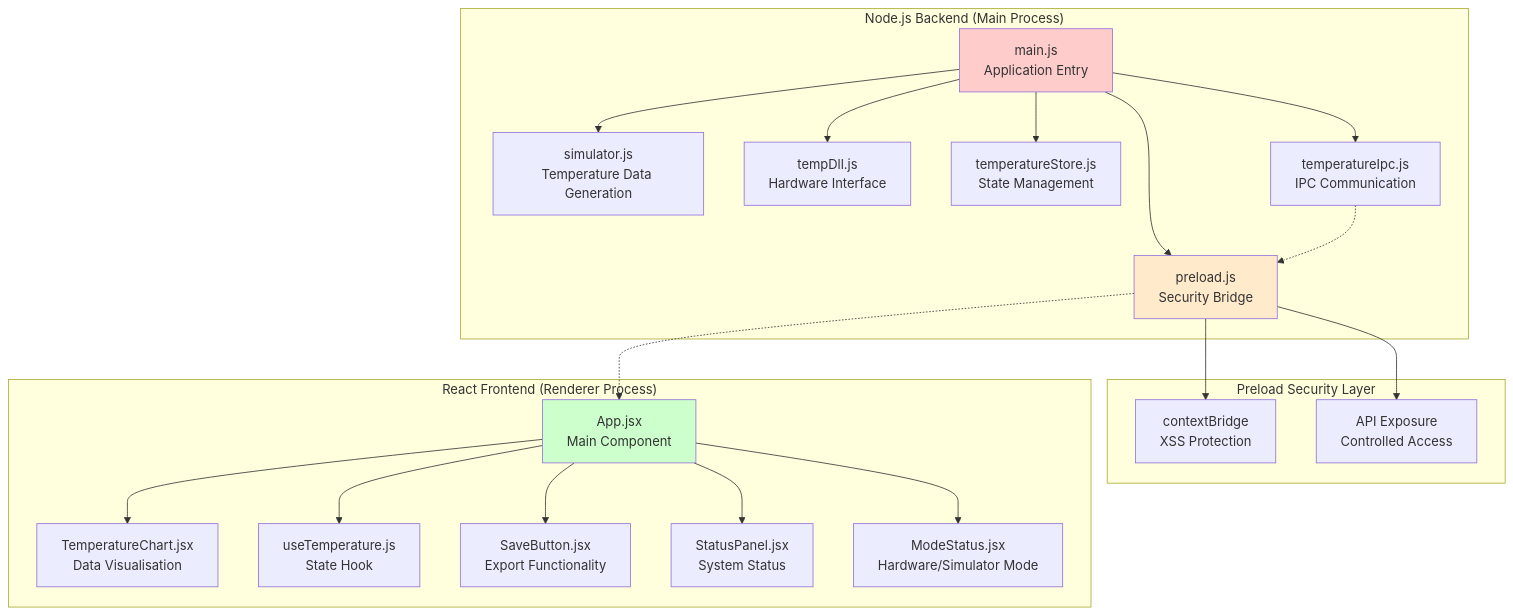
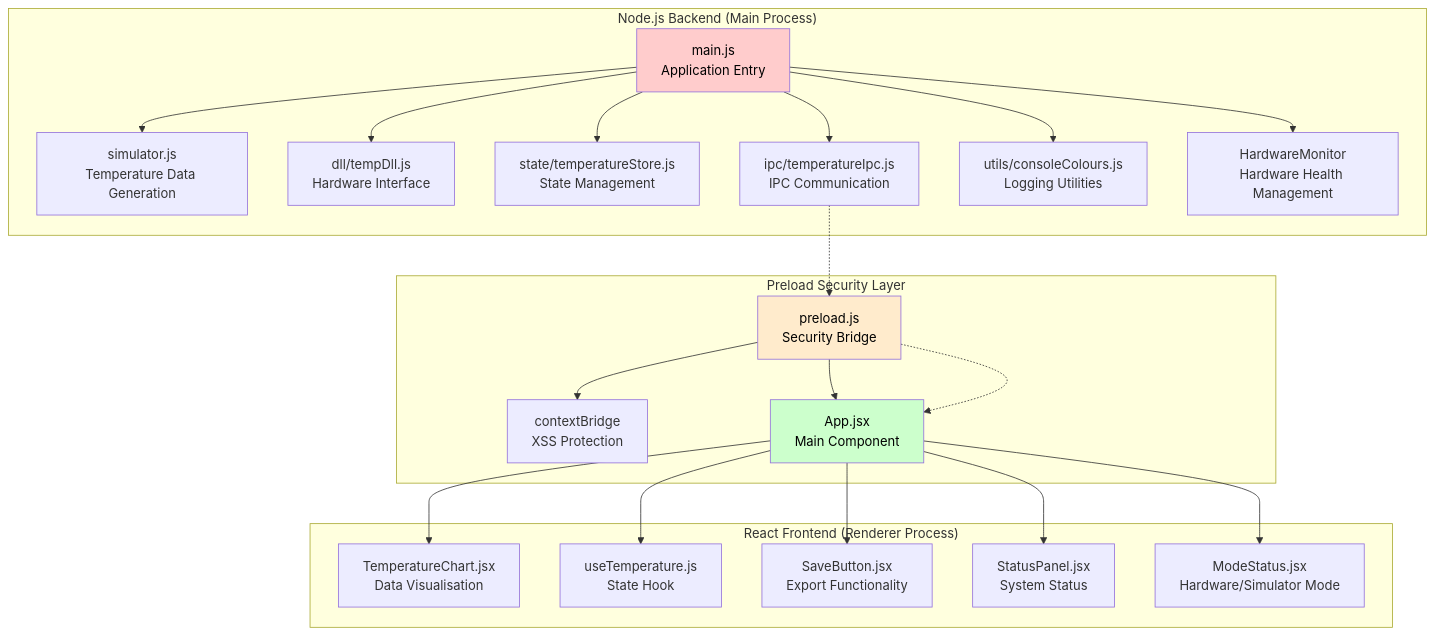
One commit to Interlaken0/temperature-plotter changed the second of 18 diagrams in docs/system-architecture.md. Above: the diagram before and after it, drawn with Mermaid. The commit also changed other lines of this file and 8 other files, not shown here.

First line of the commit message:
Update documentation with comprehensive API reference and visual graph upgrade details

````diff
--- a/docs/system-architecture.md
+++ b/docs/system-architecture.md
@@ -41,30 +41,31 @@
 ```mermaid
 graph TB
     subgraph "Node.js Backend (Main Process)"
         A[main.js<br/>Application Entry] --> B[simulator.js<br/>Temperature Data Generation]
-        A --> C[tempDll.js<br/>Hardware Interface]
-        A --> D[temperatureStore.js<br/>State Management]
-        A --> E[temperatureIpc.js<br/>IPC Communication]
-        A --> F[consoleColours.js<br/>Logging Utilities]
+        A --> C[dll/tempDll.js<br/>Hardware Interface]
+        A --> D[state/temperatureStore.js<br/>State Management]
+        A --> E[ipc/temperatureIpc.js<br/>IPC Communication]
+        A --> F[utils/consoleColours.js<br/>Logging Utilities]
+        A --> G[HardwareMonitor<br/>Hardware Health Management]
     end
     
     subgraph "Preload Security Layer"
-        F[preload.js<br/>Security Bridge] --> G[contextBridge<br/>XSS Protection]
-        F --> H[API Exposure<br/>Controlled Access]
+        H[preload.js<br/>Security Bridge] --> I[contextBridge<br/>XSS Protection]
+        H --> J[API Exposure<br/>Controlled Access]
     end
     
     subgraph "React Frontend (Renderer Process)"
-        I[App.jsx<br/>Main Component] --> J[TemperatureChart.jsx<br/>Data Visualisation]
-        I --> K[useTemperature.js<br/>State Hook]
-        I --> L[SaveButton.jsx<br/>Export Functionality]
-        I --> M[StatusPanel.jsx<br/>System Status]
-        I --> N[ModeStatus.jsx<br/>Hardware/Simulator Mode]
+        J[App.jsx<br/>Main Component] --> K[TemperatureChart.jsx<br/>Data Visualisation]
+        J --> L[useTemperature.js<br/>State Hook]
+        J --> M[SaveButton.jsx<br/>Export Functionality]
+        J --> N[StatusPanel.jsx<br/>System Status]
+        J --> O[ModeStatus.jsx<br/>Hardware/Simulator Mode]
     end
     
-    E -.-> F
-    F -.-> I
+    E -.-> H
+    H -.-> J
     
-    style A fill:#ffcccc
-    style F fill:#ffebcc
-    style I fill:#ccffcc
+    style A fill:#ffcccc,color:#000000
+    style H fill:#ffebcc,color:#000000
+    style J fill:#ccffcc,color:#000000
 ```
````
